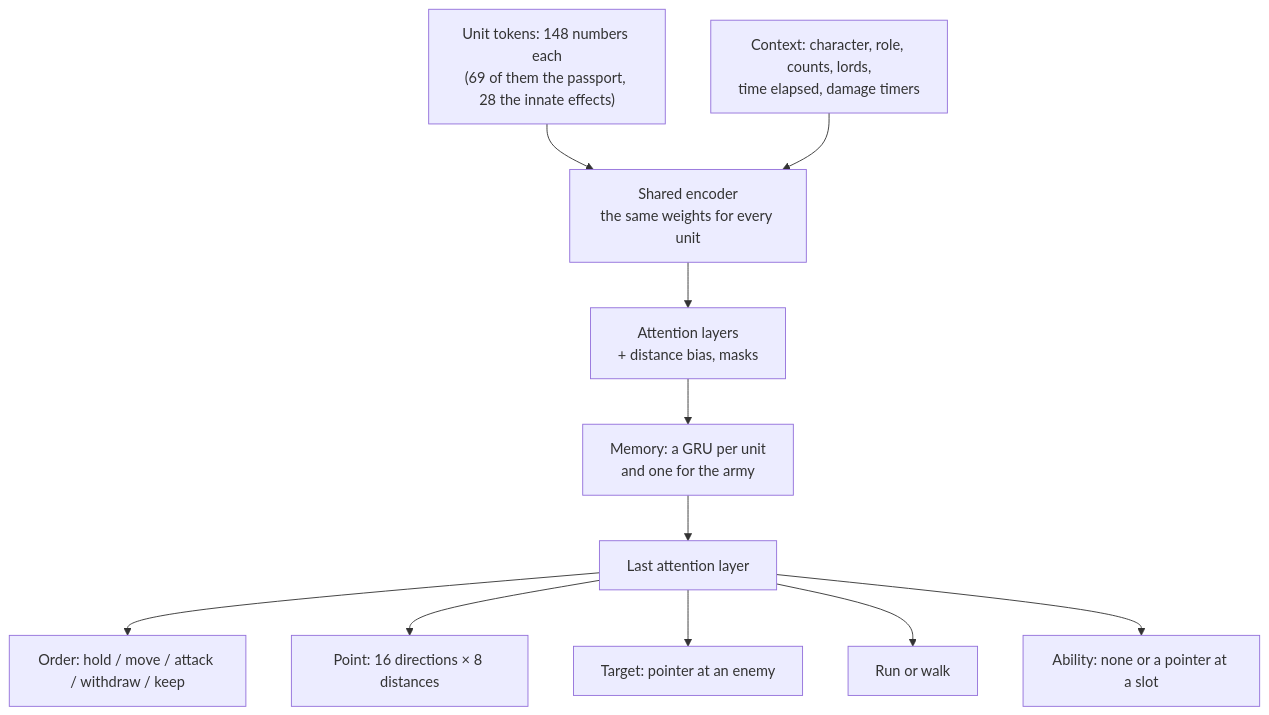
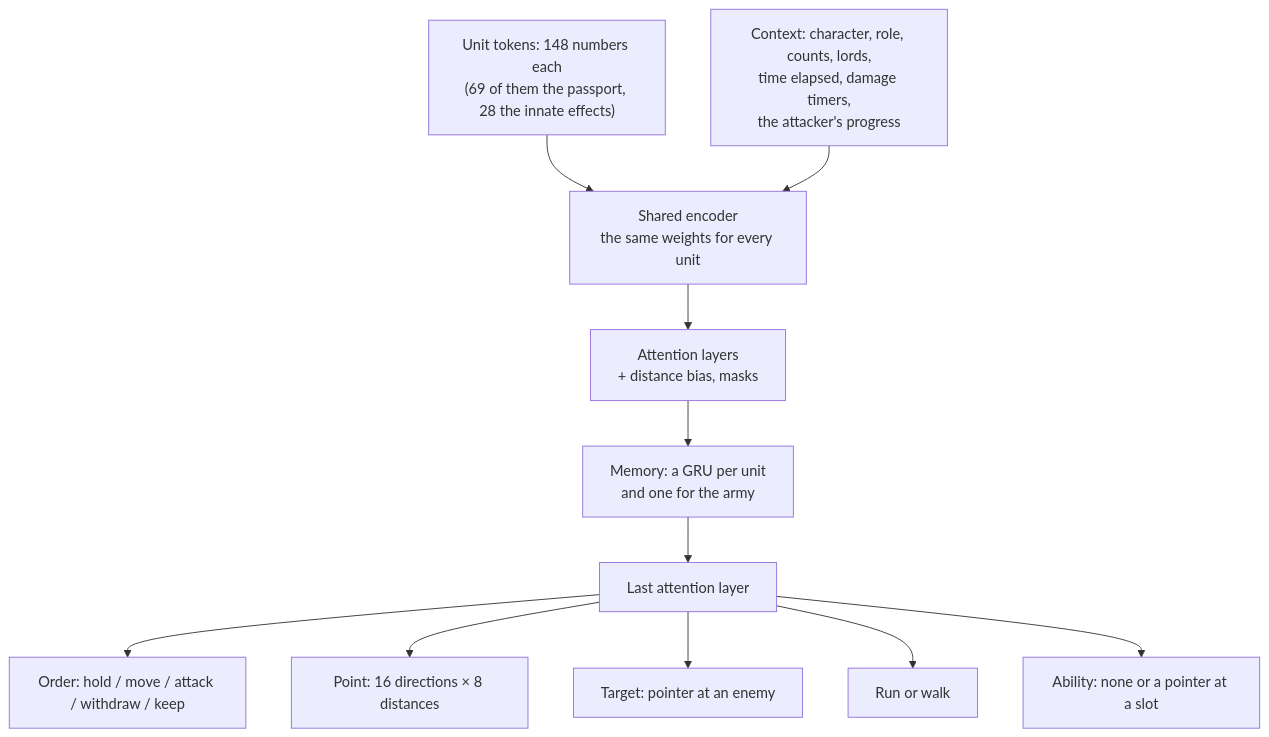
The second of 2 diagrams in docs/en/training/model.md (DimaZero7/TWW3-batle-ai), drawn with Mermaid before and after one commit. The commit also changed other lines of this file and 15 other files, not shown here.

````diff
--- a/docs/en/training/model.md
+++ b/docs/en/training/model.md
@@ -162,13 +179,13 @@
 ```mermaid
 flowchart TB
   tok["Unit tokens: 148 numbers each<br/>(69 of them the passport, 28 the innate effects)"] --> enc["Shared encoder<br/>the same weights for every unit"]
-  ctx["Context: character, role, counts, lords,<br/>time elapsed, damage timers"] --> enc
+  ctx["Context: character, role, counts, lords,<br/>time elapsed, damage timers,<br/>the attacker's progress"] --> enc
   enc --> att["Attention layers<br/>+ distance bias, masks"]
   att --> gru["Memory: a GRU per unit<br/>and one for the army"]
   gru --> last["Last attention layer"]
   last --> kind["Order: hold / move / attack / withdraw / keep"]
   last --> point["Point: 16 directions × 8 distances"]
   last --> ptr["Target: pointer at an enemy"]
   last --> run["Run or walk"]
   last --> abil["Ability: none or a pointer at a slot"]
 ```
````
